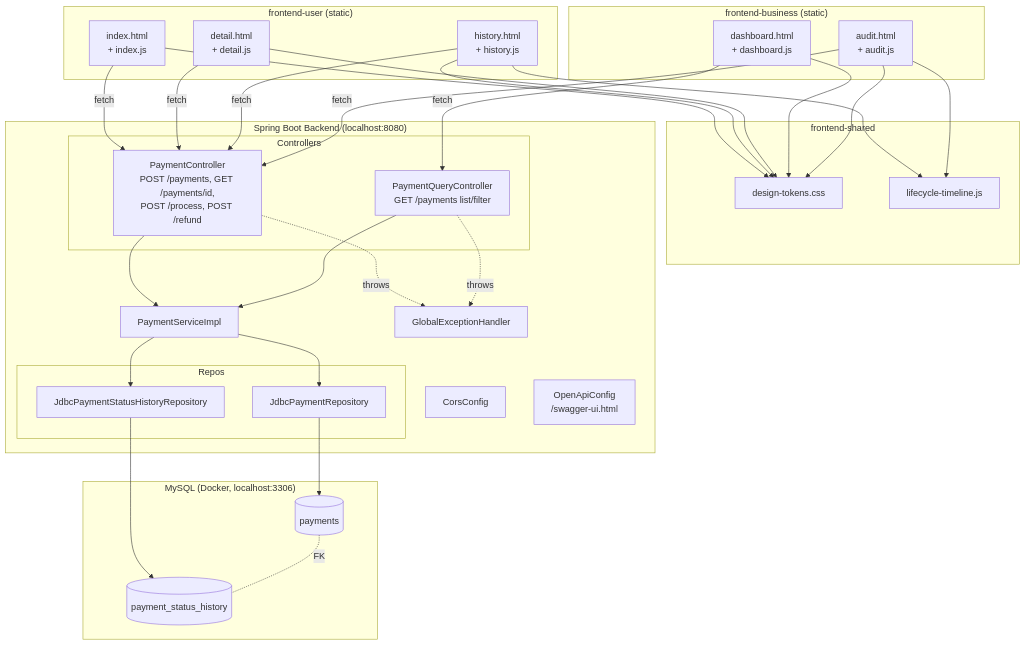
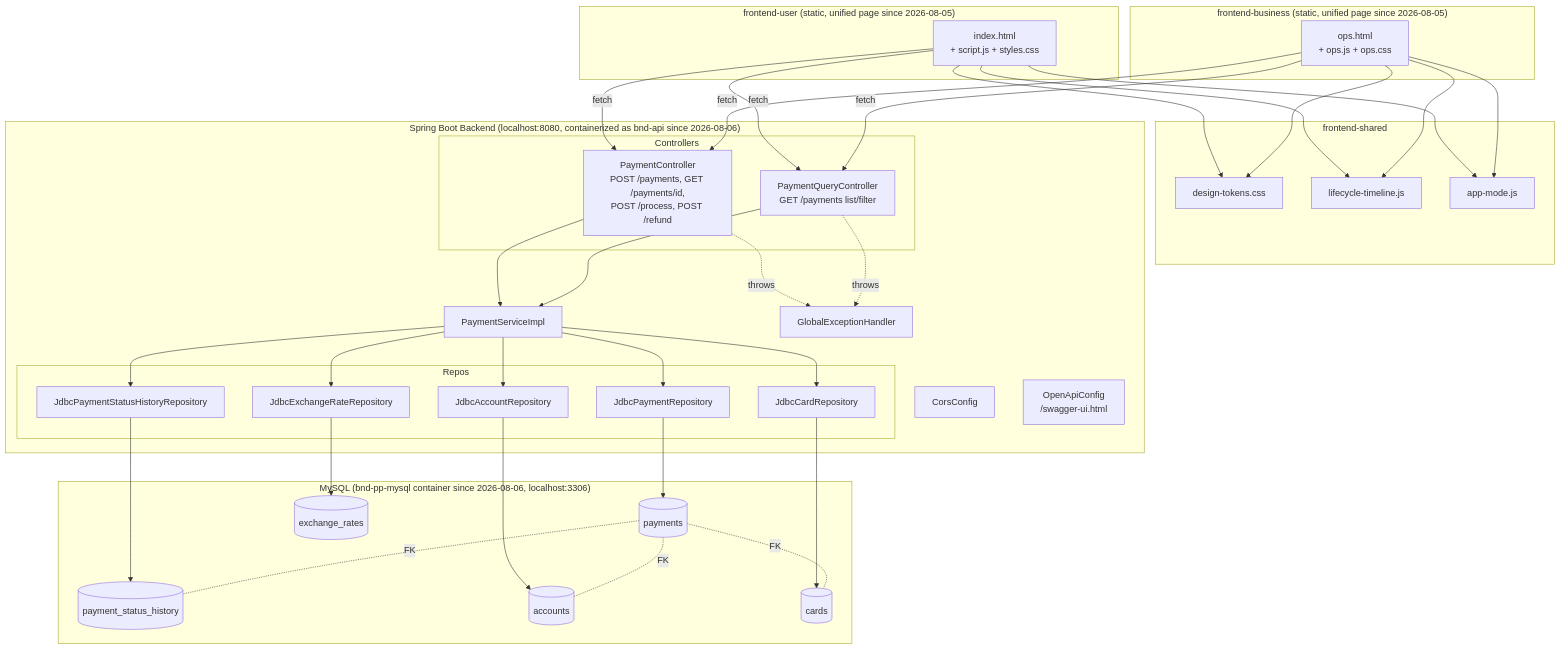
One commit to Neueda-Learning/109_10_Brand_New_Day changed the first of 3 diagrams in info.md. Above: the diagram before and after it, drawn with Mermaid. The commit also changed other lines of this file and 12 other files, not shown here.

````diff
--- a/info.md
+++ b/info.md
@@ -365,58 +356,68 @@
 ```mermaid
 flowchart TB
-    subgraph Frontend User["frontend-user (static)"]
-        FU1[index.html<br/>+ index.js]
-        FU2[history.html<br/>+ history.js]
-        FU3[detail.html<br/>+ detail.js]
+    subgraph Frontend User["frontend-user (static, unified page since 2026-08-05)"]
+        FU1[index.html<br/>+ script.js + styles.css]
     end
 
-    subgraph Frontend Business["frontend-business (static)"]
-        FB1[dashboard.html<br/>+ dashboard.js]
-        FB2[audit.html<br/>+ audit.js]
+    subgraph Frontend Business["frontend-business (static, unified page since 2026-08-05)"]
+        FB1[ops.html<br/>+ ops.js + ops.css]
     end
 
     subgraph Shared["frontend-shared"]
         S1[design-tokens.css]
         S2[lifecycle-timeline.js]
+        S3[app-mode.js]
     end
 
-    FU2 --> S2
-    FB2 --> S2
-    FU1 & FU2 & FU3 & FB1 & FB2 --> S1
+    FU1 --> S2 & S3
+    FB1 --> S2 & S3
+    FU1 & FB1 --> S1
 
-    subgraph Backend["Spring Boot Backend (localhost:8080)"]
+    subgraph Backend["Spring Boot Backend (localhost:8080, containerized as bnd-api since 2026-08-06)"]
         CORS[CorsConfig]
         subgraph Controllers
             PC[PaymentController<br/>POST /payments, GET /payments/id,<br/>POST /process, POST /refund]
             PQC[PaymentQueryController<br/>GET /payments list/filter]
         end
         SVC[PaymentServiceImpl]
         subgraph Repos
             PR[JdbcPaymentRepository]
             PSHR[JdbcPaymentStatusHistoryRepository]
+            AR[JdbcAccountRepository]
+            CR[JdbcCardRepository]
+            ERR[JdbcExchangeRateRepository]
         end
         GEH[GlobalExceptionHandler]
         OAC[OpenApiConfig<br/>/swagger-ui.html]
     end
 
-    FU1 & FU3 -- fetch --> PC
-    FU2 -- fetch --> PC
-    FB1 -- fetch --> PQC
-    FB2 -- fetch --> PC
+    FU1 -- fetch --> PC & PQC
+    FB1 -- fetch --> PC & PQC
 
     PC --> SVC
     PQC --> SVC
     SVC --> PR
     SVC --> PSHR
+    SVC --> AR
+    SVC --> CR
+    SVC --> ERR
     PC -.throws.-> GEH
     PQC -.throws.-> GEH
 
-    subgraph DB["MySQL (Docker, localhost:3306)"]
+    subgraph DB["MySQL (bnd-pp-mysql container since 2026-08-06, localhost:3306)"]
         T1[(payments)]
         T2[(payment_status_history)]
+        T3[(accounts)]
+        T4[(cards)]
+        T5[(exchange_rates)]
     end
 
     PR --> T1
     PSHR --> T2
+    AR --> T3
+    CR --> T4
+    ERR --> T5
     T1 -. FK .- T2
+    T1 -. FK .- T3
+    T1 -. FK .- T4
 ```
````
